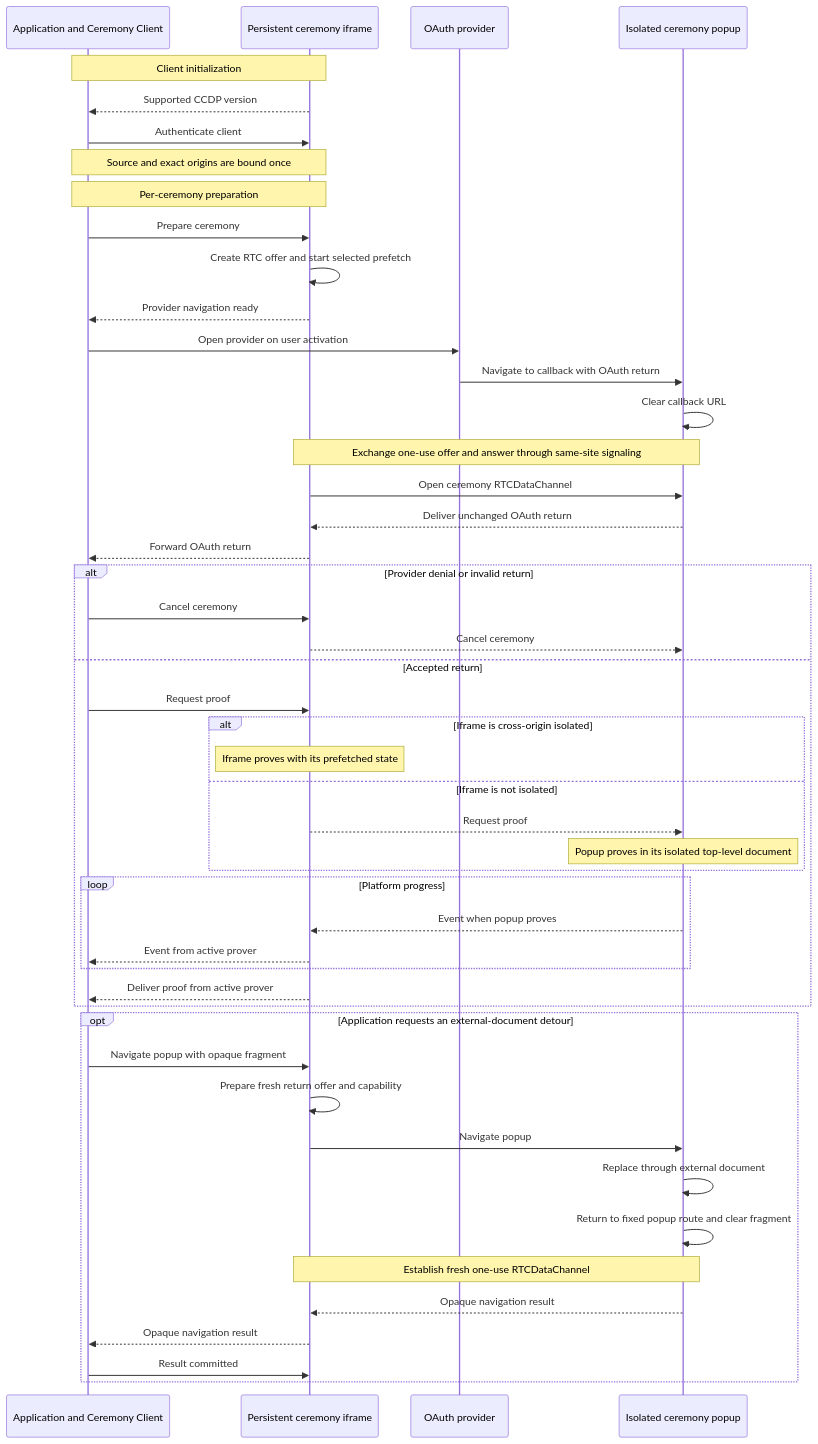
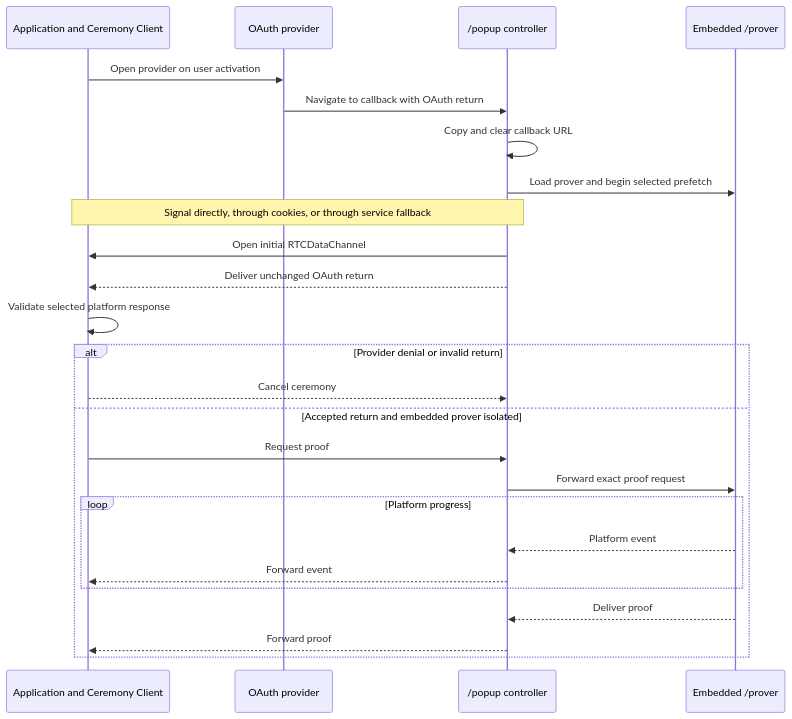
One commit to libid-org/libid changed the first of 2 diagrams in ts/packages/ceremony/CCDP2.md. Above: the diagram before and after it, drawn with Mermaid. The commit also changed other lines of this file, not shown here.

Commit message:
docs(ceremony): revise CCDP transport topology

````diff
--- a/ts/packages/ceremony/CCDP2.md
+++ b/ts/packages/ceremony/CCDP2.md
@@ -346,54 +391,28 @@
 ```mermaid
 sequenceDiagram
     participant A as Application and Ceremony Client
-    participant I as Persistent ceremony iframe
     participant O as OAuth provider
-    participant P as Isolated ceremony popup
+    participant P as /popup controller
+    participant V as Embedded /prover
 
-    Note over A,I: Client initialization
-    I-->>A: Supported CCDP version
-    A->>I: Authenticate client
-    Note over A,I: Source and exact origins are bound once
-
-    Note over A,I: Per-ceremony preparation
-    A->>I: Prepare ceremony
-    I->>I: Create RTC offer and start selected prefetch
-    I-->>A: Provider navigation ready
     A->>O: Open provider on user activation
     O->>P: Navigate to callback with OAuth return
-    P->>P: Clear callback URL
-    Note over I,P: Exchange one-use offer and answer through same-site signaling
-    I->>P: Open ceremony RTCDataChannel
-    P-->>I: Deliver unchanged OAuth return
-    I-->>A: Forward OAuth return
-
+    P->>P: Copy and clear callback URL
+    P->>V: Load prover and begin selected prefetch
+    Note over A,P: Signal directly, through cookies, or through service fallback
+    P->>A: Open initial RTCDataChannel
+    P-->>A: Deliver unchanged OAuth return
+    A->>A: Validate selected platform response
     alt Provider denial or invalid return
-        A->>I: Cancel ceremony
-        I-->>P: Cancel ceremony
-    else Accepted return
-        A->>I: Request proof
-        alt Iframe is cross-origin isolated
-            Note over I: Iframe proves with its prefetched state
-        else Iframe is not isolated
-            I-->>P: Request proof
-            Note over P: Popup proves in its isolated top-level document
+        A-->>P: Cancel ceremony
+    else Accepted return and embedded prover isolated
+        A->>P: Request proof
+        P->>V: Forward exact proof request
+        loop Platform progress
+            V-->>P: Platform event
+            P-->>A: Forward event
         end
-        loop Platform progress
-            P-->>I: Event when popup proves
-            I-->>A: Event from active prover
-        end
-        I-->>A: Deliver proof from active prover
-    end
-
-    opt Application requests an external-document detour
-        A->>I: Navigate popup with opaque fragment
-        I->>I: Prepare fresh return offer and capability
-        I->>P: Navigate popup
-        P->>P: Replace through external document
-        P->>P: Return to fixed popup route and clear fragment
-        Note over I,P: Establish fresh one-use RTCDataChannel
-        P-->>I: Opaque navigation result
-        I-->>A: Opaque navigation result
-        A->>I: Result committed
+        V-->>P: Deliver proof
+        P-->>A: Forward proof
     end
 ```
````
